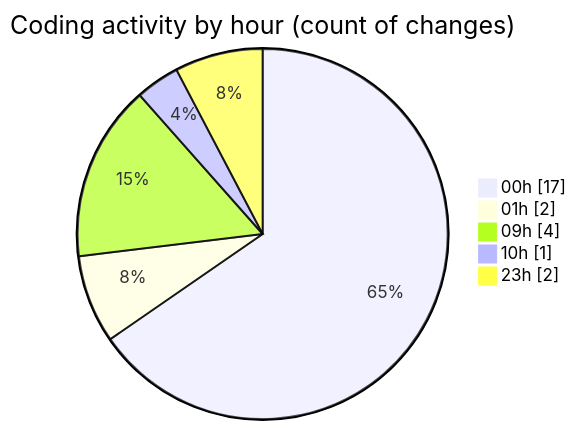
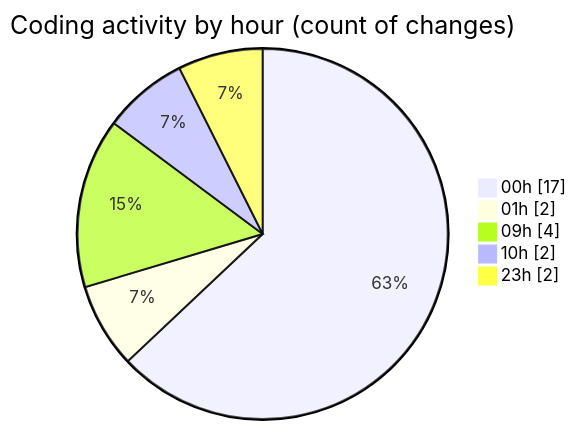
Before and after one commit to julien-gomy/code-tracking: the second of 2 diagrams in 2025-10-29/eventscop-frontend-guide__workspace_/README.md, drawn with Mermaid. The commit also changed other lines of this file and 1 other file, not shown here.

````diff
--- a/2025-10-29/eventscop-frontend-guide__workspace_/README.md
+++ b/2025-10-29/eventscop-frontend-guide__workspace_/README.md
@@ -42,9 +42,9 @@
 ```mermaid
 pie showData
 title Coding activity by hour (count of changes)
 "00h" : 17
 "01h" : 2
 "09h" : 4
-"10h" : 1
+"10h" : 2
 "23h" : 2
 ```
````
